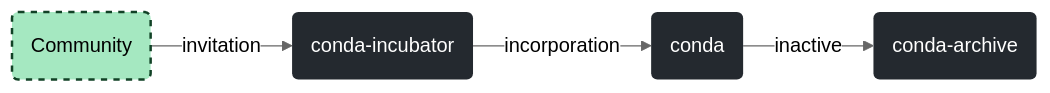
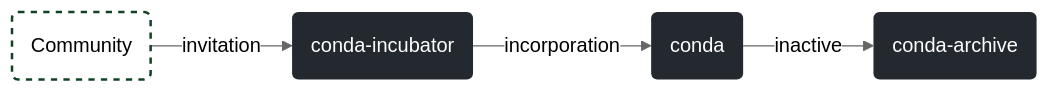
The diagram in profile/README.md (conda/.github), drawn with Mermaid (neutral theme) before and after one commit.

Commit message:
Update background color of community tab for darkmode

````diff
--- a/profile/README.md
+++ b/profile/README.md
@@ -26,21 +26,21 @@
 ```mermaid
 flowchart LR
     %% nodes
     community(Community):::community
     incubator(conda-incubator):::github
     conda(conda):::github
     archive(conda-archive):::github
 
     %% graph
     community-- invitation -->incubator
     incubator-- incorporation -->conda
     %% incubator-- inactive -->archive
     %% incubator-- unassociated -->community
     conda-- inactive -->archive
     %% conda-- dissolved -->incubator
     %% archive-- revived -->incubator
 
     %% style
-    classDef community fill:#a5e8c1,stroke:#114226,stroke-width:2,stroke-dasharray: 5 5
+    classDef community fill:#ffffff,stroke:#114226,stroke-width:2,stroke-dasharray: 5 5
     classDef github fill:#24292f,stroke:none,color:#fff
 ```
````
